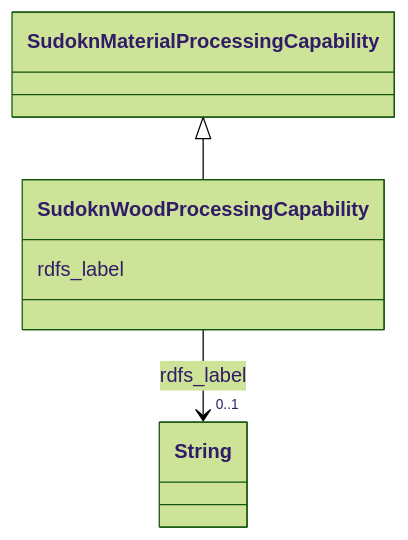
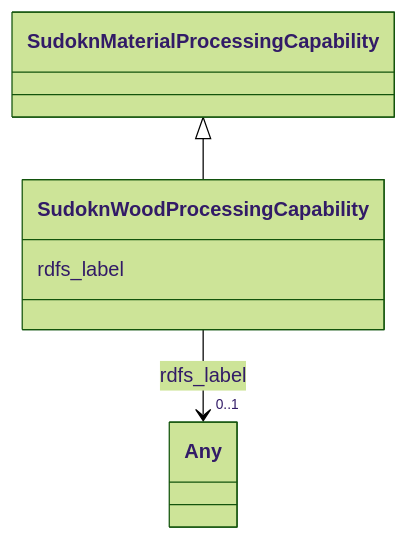
Before and after one commit to frink-okn/graph-descriptions: the diagram in sudokn-kg/classes/SudoknWoodProcessingCapability.md, drawn with Mermaid (forest theme). The commit also changed other lines of this file and 903 other files, not shown here.

````diff
--- a/sudokn-kg/classes/SudoknWoodProcessingCapability.md
+++ b/sudokn-kg/classes/SudoknWoodProcessingCapability.md
@@ -23,18 +18,18 @@
 ```mermaid
  classDiagram
     class SudoknWoodProcessingCapability
     click SudoknWoodProcessingCapability href "../SudoknWoodProcessingCapability"
       SudoknMaterialProcessingCapability <|-- SudoknWoodProcessingCapability
         click SudoknMaterialProcessingCapability href "../SudoknMaterialProcessingCapability"
       
       SudoknWoodProcessingCapability : rdfs_label
         
           
     
     
-    SudoknWoodProcessingCapability --> "0..1" String : rdfs_label
-    click String href "../String"
+    SudoknWoodProcessingCapability --> "0..1" Any : rdfs_label
+    click Any href "../Any"
 
         
       
 ```
````
